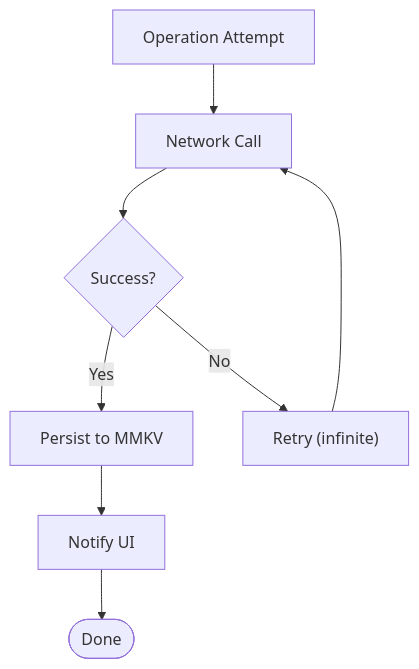
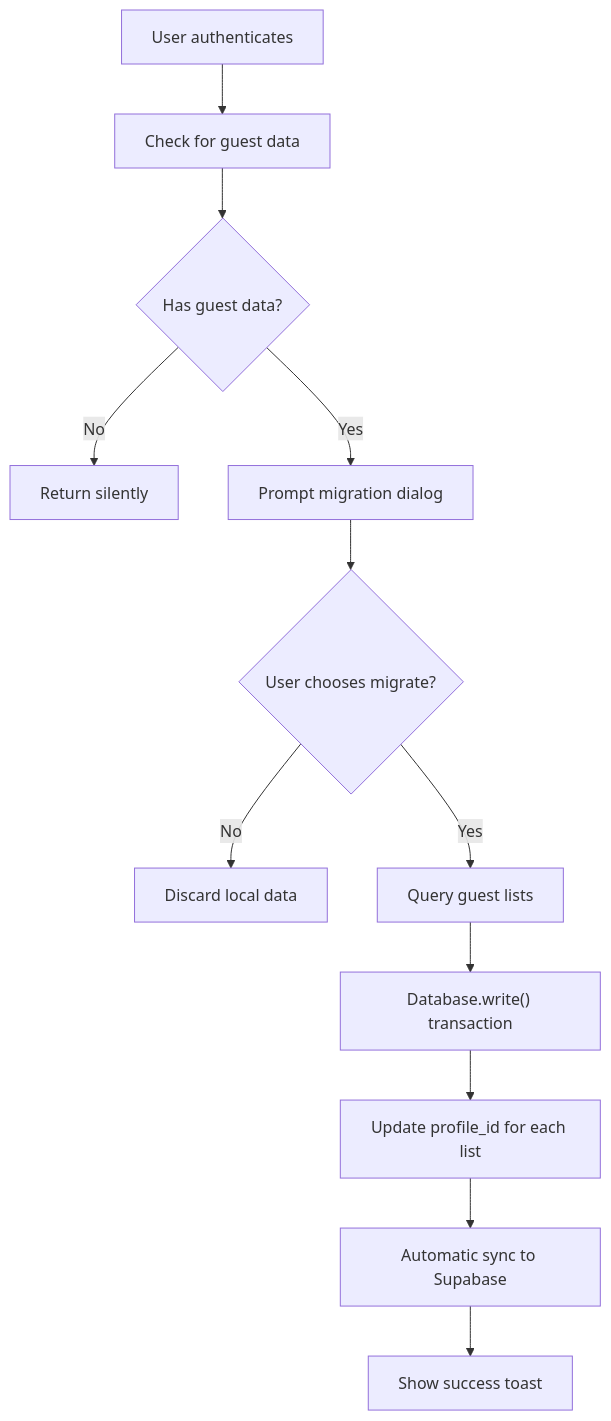
One commit to karllasouzza/PowerLists changed the seventh of 8 diagrams in .qoder/repowiki/en/content/State Management Architecture/Synchronization Strategies and Conflict Resolution.md. Above: the diagram before and after it, drawn with Mermaid. The commit also changed other lines of this file and 5 other files, not shown here.

First line of the commit message:
docs(database): add comprehensive WatermelonDB integration and migrate state management

````diff
--- a/.qoder/repowiki/en/content/State Management Architecture/Synchronization Strategies and Conflict Resolution.md
+++ b/.qoder/repowiki/en/content/State Management Architecture/Synchronization Strategies and Conflict Resolution.md
@@ -208,10 +286,14 @@
 ```mermaid
 flowchart TD
-Op["Operation Attempt"] --> Net["Network Call"]
-Net --> Ok{"Success?"}
-Ok --> |Yes| Persist["Persist to MMKV"]
-Ok --> |No| Retry["Retry (infinite)"]
-Retry --> Net
-Persist --> Notify["Notify UI"]
-Notify --> Done(["Done"])
+A["User authenticates"] --> B["Check for guest data"]
+B --> C{"Has guest data?"}
+C --> |No| D["Return silently"]
+C --> |Yes| E["Prompt migration dialog"]
+E --> F{"User chooses migrate?"}
+F --> |No| G["Discard local data"]
+F --> |Yes| H["Query guest lists"]
+H --> I["Database.write() transaction"]
+I --> J["Update profile_id for each list"]
+J --> K["Automatic sync to Supabase"]
+K --> L["Show success toast"]
 ```
````
